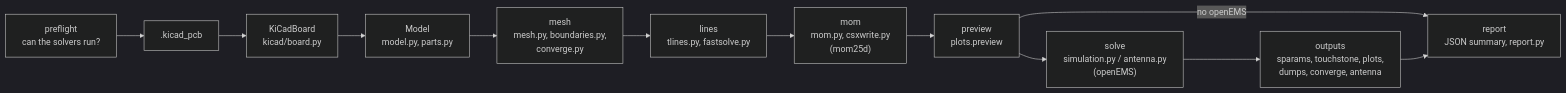
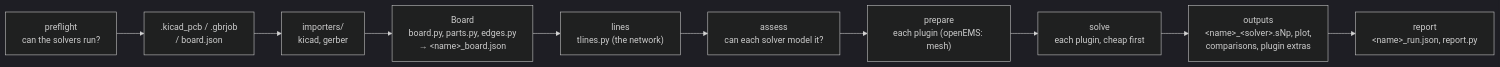
One commit to lowprocess/kicad2ems changed the diagram in docs/architecture.md. Above: the diagram before and after it, drawn with Mermaid (dark theme). The commit also changed other lines of this file and 21 other files, not shown here.

````diff
--- a/docs/architecture.md
+++ b/docs/architecture.md
@@ -11,14 +12,12 @@
 ```mermaid
 flowchart LR
-    P["preflight<br/>can the solvers run?"] --> A[".kicad_pcb"]
-    A --> B["KiCadBoard<br/>kicad/board.py"]
-    B --> C["Model<br/>model.py, parts.py"]
-    C --> D["mesh<br/>mesh.py, boundaries.py,<br/>converge.py"]
-    D --> L["lines<br/>tlines.py, fastsolve.py"]
-    L --> M["mom<br/>mom.py, csxwrite.py<br/>(mom25d)"]
-    M --> E["preview<br/>plots.preview"]
-    E -->|no openEMS| R
-    E --> F["solve<br/>simulation.py / antenna.py<br/>(openEMS)"]
-    F --> G["outputs<br/>sparams, touchstone, plots,<br/>dumps, converge, antenna"]
-    G --> R["report<br/>JSON summary, report.py"]
+    P["preflight<br/>can the solvers run?"] --> A[".kicad_pcb / .gbrjob<br/>/ board.json"]
+    A --> B["importers/<br/>kicad, gerber"]
+    B --> C["Board<br/>board.py, parts.py, edges.py<br/>&rarr; &lt;name&gt;_board.json"]
+    C --> L["lines<br/>tlines.py (the network)"]
+    L --> S["assess<br/>can each solver model it?"]
+    S --> E["prepare<br/>each plugin (openEMS: mesh)"]
+    E --> F["solve<br/>each plugin, cheap first"]
+    F --> G["outputs<br/>&lt;name&gt;_&lt;solver&gt;.sNp, plot,<br/>comparisons, plugin extras"]
+    G --> R["report<br/>&lt;name&gt;_run.json, report.py"]
 ```
````
